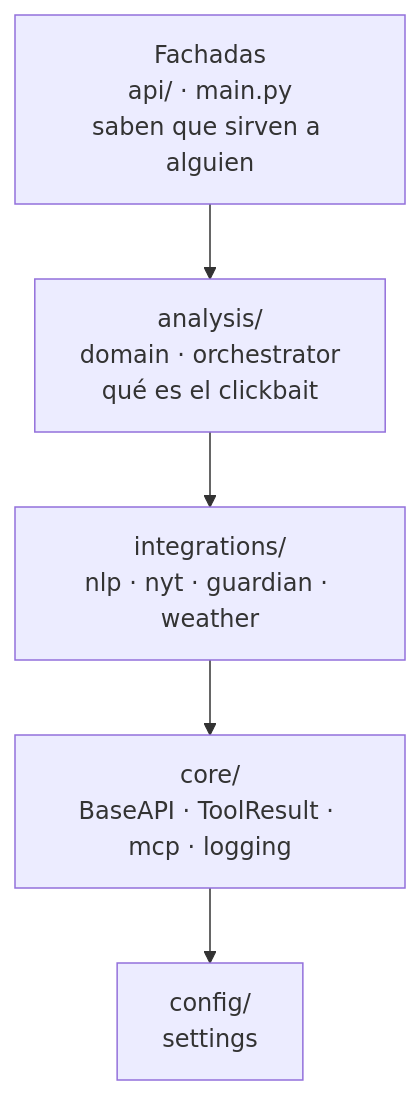
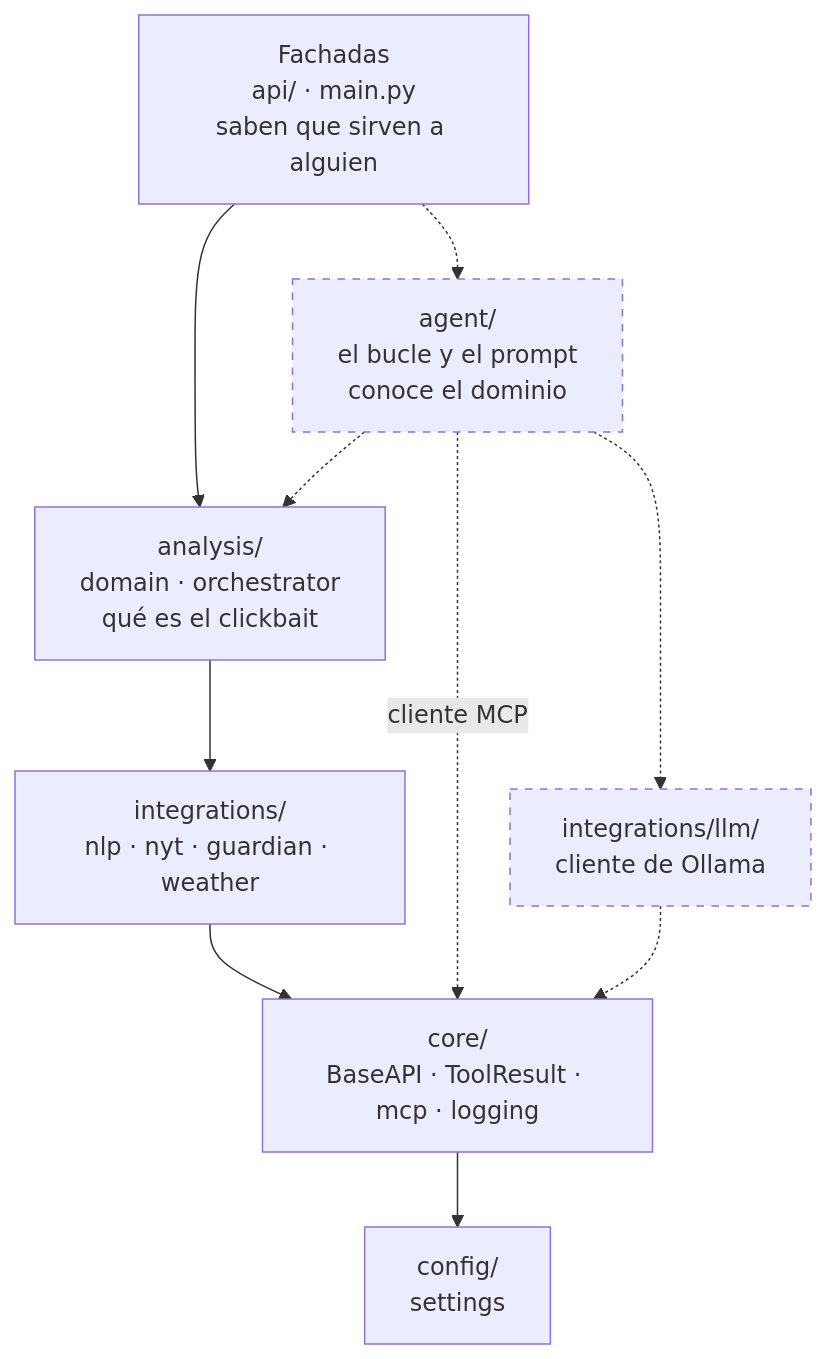
The seventh of 12 diagrams in docs/arquitectura.md (codeurjc-students/2026-ClickBaitAnalysis), drawn with Mermaid before and after one commit. The commit also changed other lines of this file and 5 other files, not shown here.

First line of the commit message:
docs: diagramas del despliegue, plano de H5, auditoría de la documentación e imágenes en el CI (#177)

````diff
--- a/docs/arquitectura.md
+++ b/docs/arquitectura.md
@@ -269,10 +285,20 @@
 ```mermaid
 flowchart TD
     FACH["Fachadas<br/>api/ · main.py<br/>saben que sirven a alguien"]
+    AGT["agent/<br/>el bucle y el prompt<br/>conoce el dominio"]
     ANA["analysis/<br/>domain · orchestrator<br/>qué es el clickbait"]
     INT["integrations/<br/>nlp · nyt · guardian · weather"]
+    LLM["integrations/llm/<br/>cliente de Ollama"]
     CORE["core/<br/>BaseAPI · ToolResult · mcp · logging"]
     CONF["config/<br/>settings"]
 
     FACH --> ANA --> INT --> CORE --> CONF
+    FACH -.-> AGT
+    AGT -.-> ANA
+    AGT -.->|"cliente MCP"| CORE
+    AGT -.-> LLM
+    LLM -.-> CORE
+
+    classDef plan stroke-dasharray: 5 5
+    class AGT,LLM plan
 ```
````
